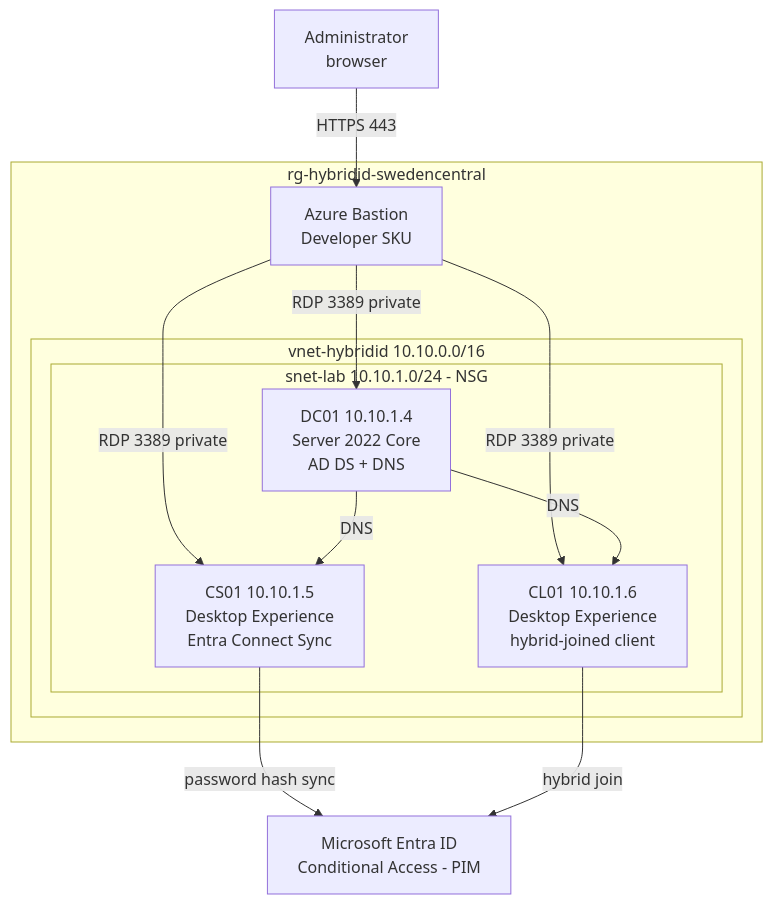
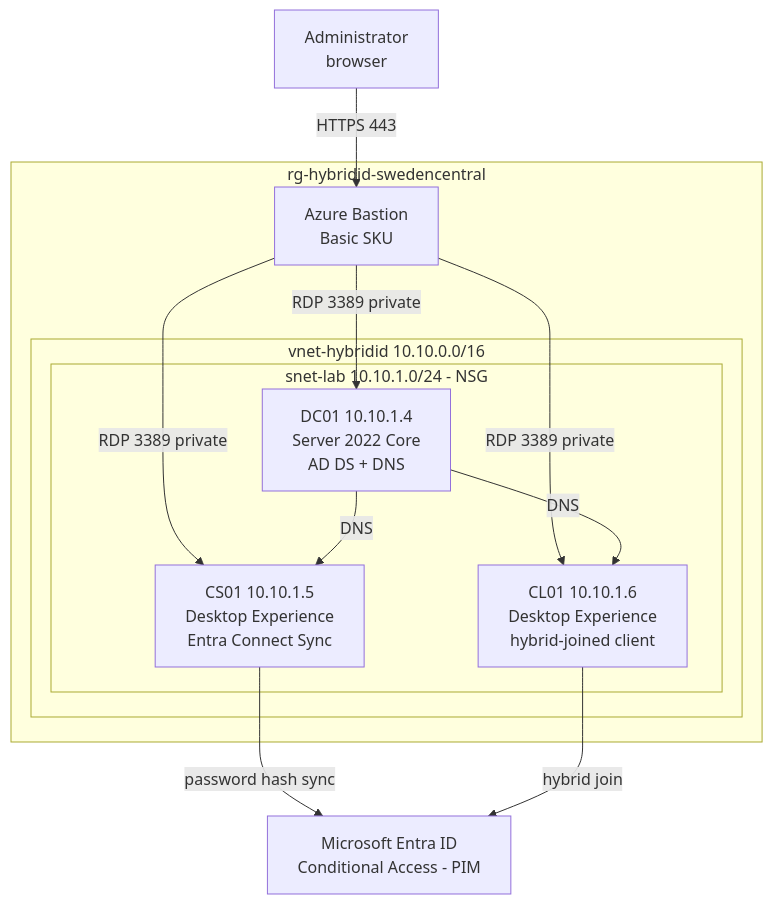
The diagram in README.md (sindredg/Hybrid-Identities-EntraID-and-AD), drawn with Mermaid before and after one commit. The commit also changed other lines of this file and 27 other files, not shown here.

````diff
--- a/README.md
+++ b/README.md
@@ -23,26 +23,26 @@
 ```mermaid
 flowchart TB
     U[Administrator<br/>browser]
 
     subgraph rg[rg-hybridid-swedencentral]
-        BAS[Azure Bastion<br/>Developer SKU]
+        BAS[Azure Bastion<br/>Basic SKU]
         subgraph vnet[vnet-hybridid 10.10.0.0/16]
             subgraph snet[snet-lab 10.10.1.0/24 - NSG]
                 DC[DC01 10.10.1.4<br/>Server 2022 Core<br/>AD DS + DNS]
                 CS[CS01 10.10.1.5<br/>Desktop Experience<br/>Entra Connect Sync]
                 CL[CL01 10.10.1.6<br/>Desktop Experience<br/>hybrid-joined client]
             end
         end
     end
 
     ENT[Microsoft Entra ID<br/>Conditional Access - PIM]
 
     U -- HTTPS 443 --> BAS
     BAS -- RDP 3389 private --> DC
     BAS -- RDP 3389 private --> CS
     BAS -- RDP 3389 private --> CL
     DC -- DNS --> CS
     DC -- DNS --> CL
     CS -- password hash sync --> ENT
     CL -- hybrid join --> ENT
 ```
````
